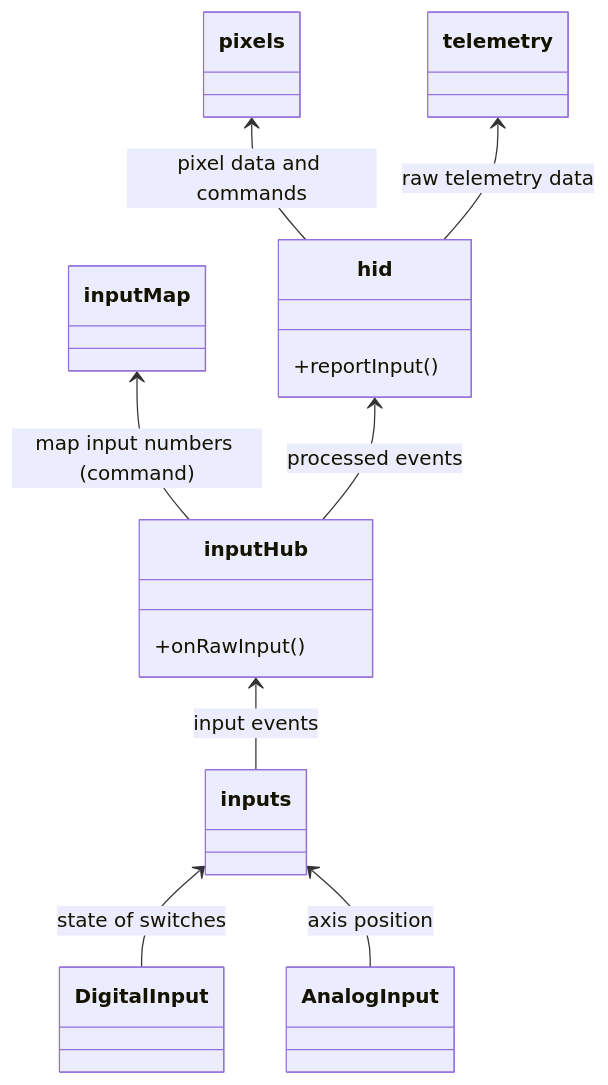
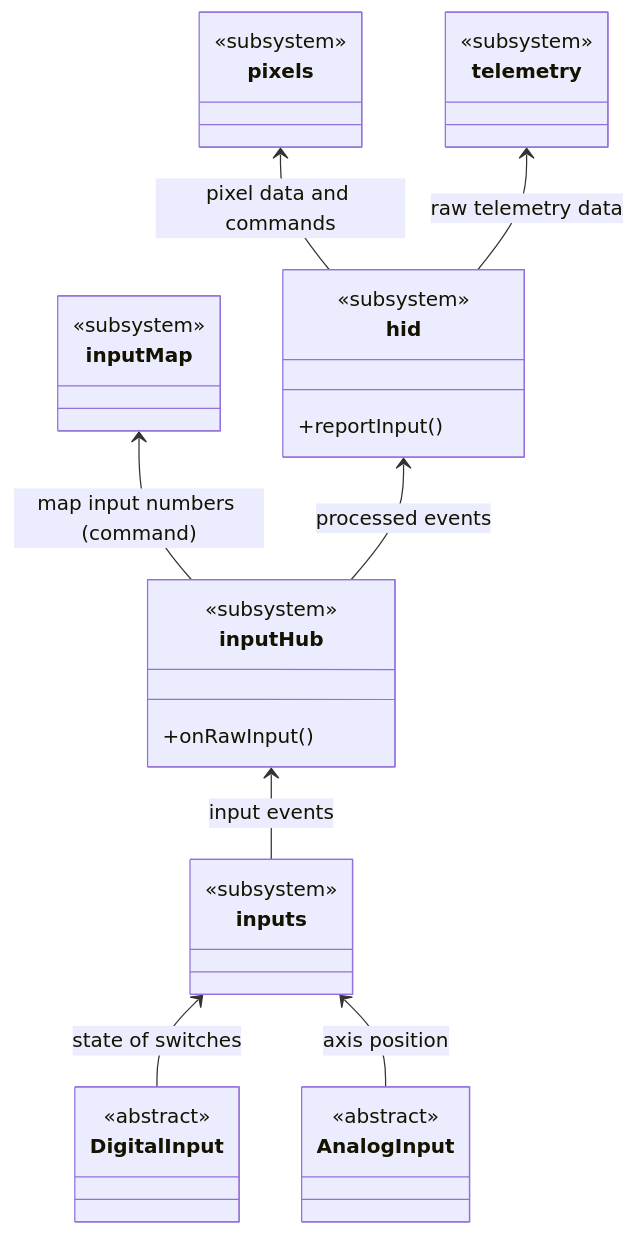
The first of 11 diagrams in doc/firmware/FirmwareArchitecture_en.md (robertbauernfeind/OpenSourceSimWheelESP32), drawn with Mermaid before and after one commit. The commit also changed other lines of this file, not shown here.

````diff
--- a/doc/firmware/FirmwareArchitecture_en.md
+++ b/doc/firmware/FirmwareArchitecture_en.md
@@ -206,21 +204,30 @@
 ```mermaid
 classDiagram
-    class inputs {
-    }
+    class inputs
     class AnalogInput
+    class DigitalInput
+    class inputMap
     class inputHub {
       +onRawInput()
     }
     class hid {
       +reportInput()
     }
     class telemetry
     class pixels
+    <<subsystem>> inputs
+    <<subsystem>> inputHub
+    <<subsystem>> hid
+    <<subsystem>> telemetry
+    <<subsystem>> pixels
+    <<subsystem>> inputMap
+    <<abstract>> AnalogInput
+    <<abstract>> DigitalInput
     inputHub <-- inputs: input events
     inputs <-- DigitalInput: state of switches
     inputs <-- AnalogInput: axis position
     inputMap <-- inputHub : map input numbers (command)
     hid <-- inputHub: processed events
     pixels <-- hid: pixel data and commands
     telemetry <-- hid: raw telemetry data
 ```
````
